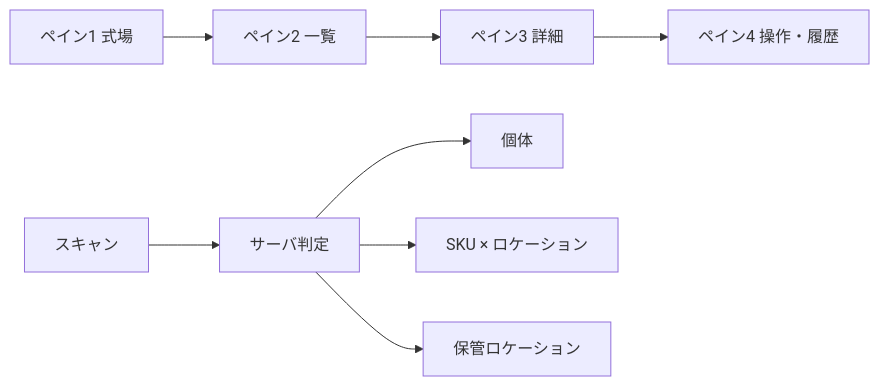
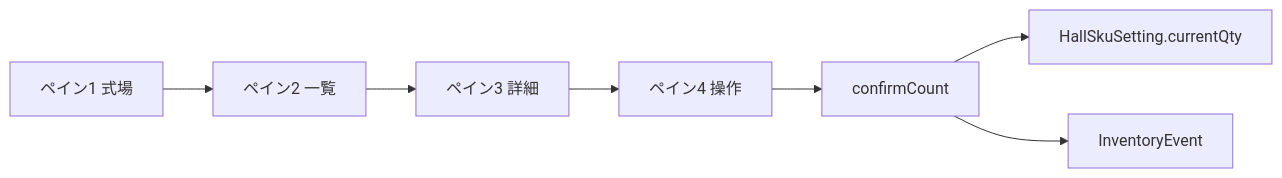
One commit to mountaintsuji-lab/hall-supplies changed the diagram in docs/requirements-decisions.md. Above: the diagram before and after it, drawn with Mermaid. The commit also changed other lines of this file and 15 other files, not shown here.

````diff
--- a/docs/requirements-decisions.md
+++ b/docs/requirements-decisions.md
@@ -214,10 +261,9 @@
 ```mermaid
 flowchart LR
   P1[ペイン1 式場] --> P2[ペイン2 一覧]
   P2 --> P3[ペイン3 詳細]
-  P3 --> P4[ペイン4 操作・履歴]
-  Scan[スキャン] --> API[サーバ判定]
-  API --> Individual[個体]
-  API --> SKU[SKU × ロケーション]
-  API --> Loc[保管ロケーション]
+  P3 --> P4[ペイン4 操作]
+  P4 --> SA[confirmCount]
+  SA --> HSS[HallSkuSetting.currentQty]
+  SA --> IE[InventoryEvent]
 ```
````
